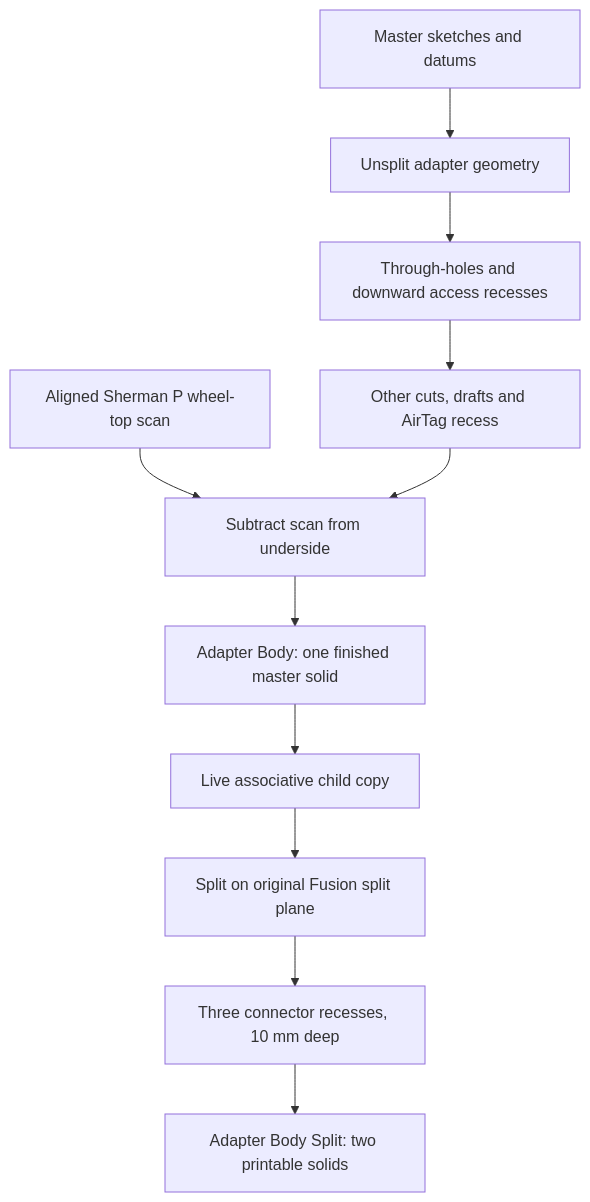
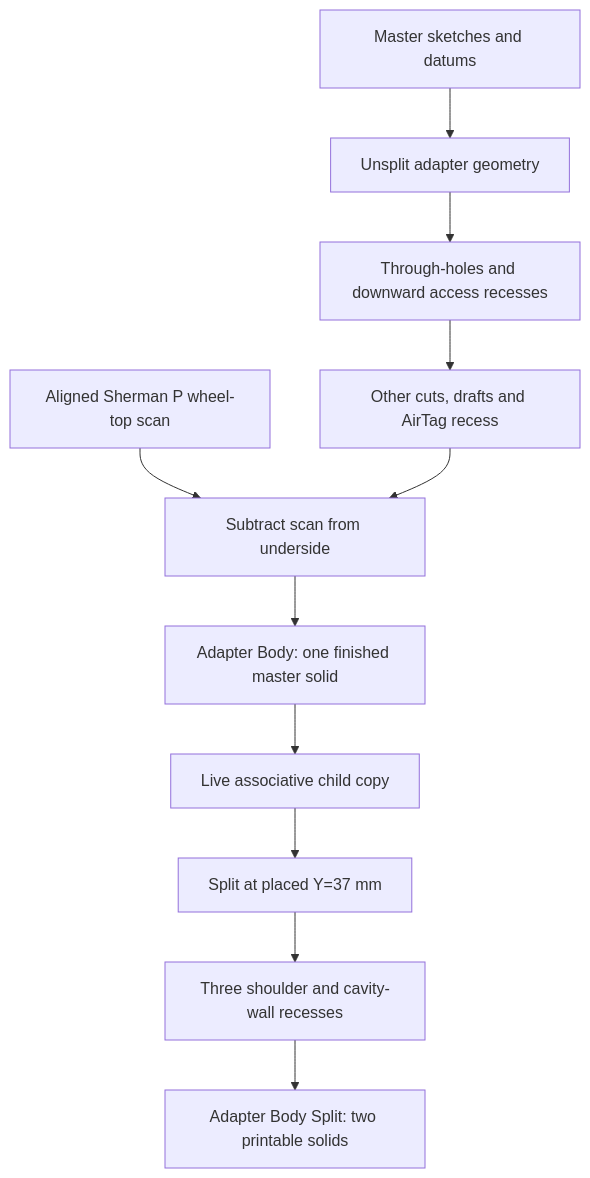
One commit to theosherman/SurronSeatAdapter changed the diagram in docs/CAD-REBUILD.md. Above: the diagram before and after it, drawn with Mermaid. The commit also changed other lines of this file and 16 other files, not shown here.

Commit message:
Implement rearward shoulder split and butterfly keys

````diff
--- a/docs/CAD-REBUILD.md
+++ b/docs/CAD-REBUILD.md
@@ -15,13 +15,13 @@
 ```mermaid
 flowchart TD
   sketches[Master sketches and datums] --> master[Unsplit adapter geometry]
   master --> holes[Through-holes and downward access recesses]
   holes --> finished[Other cuts, drafts and AirTag recess]
   scan[Aligned Sherman P wheel-top scan] --> imprint[Subtract scan from underside]
   finished --> imprint
   imprint --> parent[Adapter Body: one finished master solid]
   parent --> derived[Live associative child copy]
-  derived --> split[Split on original Fusion split plane]
-  split --> connectors[Three connector recesses, 10 mm deep]
+  derived --> split[Split at placed Y=37 mm]
+  split --> connectors[Three shoulder and cavity-wall recesses]
   connectors --> child[Adapter Body Split: two printable solids]
 ```
````
